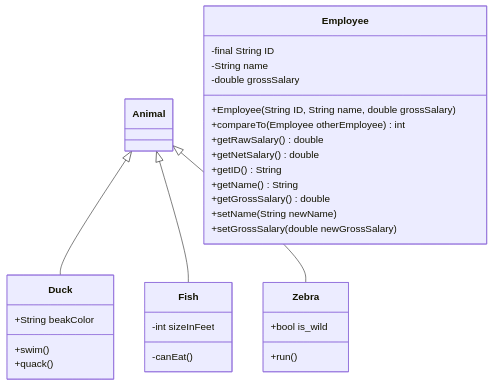
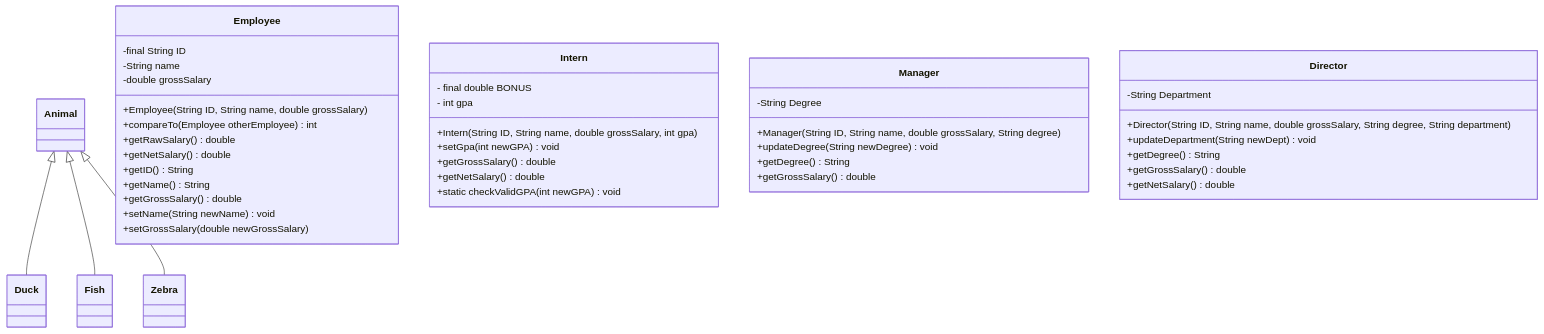
One commit to michalspano/employee-system changed the diagram in docs/ionel_class_diagrams.md. Above: the diagram before and after it, drawn with Mermaid. The commit also changed 3 other files, not shown here.

````diff
--- a/docs/ionel_class_diagrams.md
+++ b/docs/ionel_class_diagrams.md
@@ -1,36 +1,48 @@
 ``` mermaid
 classDiagram
     Animal <|-- Duck
     Animal <|-- Fish
     Animal <|-- Zebra
 
     class Employee {
         -final String ID
         -String name
         -double grossSalary
         +Employee(String ID, String name, double grossSalary)
         +compareTo(Employee otherEmployee) int
         +getRawSalary() double
         +getNetSalary() double
         +getID() String
         +getName() String
         +getGrossSalary() double
-        +setName(String newName)
+        +setName(String newName) void
         +setGrossSalary(double newGrossSalary)
-
     }
     
-    class Duck{
-        +String beakColor
-        +swim()
-        +quack()
+    class Intern{
+        - final double BONUS
+        - int gpa
+        +Intern(String ID, String name, double grossSalary, int gpa)
+        +setGpa(int newGPA) void
+        +getGrossSalary() double
+        +getNetSalary() double
+        +static checkValidGPA(int newGPA) void
     }
-    class Fish{
-        -int sizeInFeet
-        -canEat()
+
+    class Manager{
+        -String Degree
+        +Manager(String ID, String name, double grossSalary, String degree)
+        +updateDegree(String newDegree) void
+        +getDegree() String
+        +getGrossSalary() double
     }
-    class Zebra{
-        +bool is_wild
-        +run()
+
+    class Director{
+        -String Department
+        +Director(String ID, String name, double grossSalary, String degree, String department)
+        +updateDepartment(String newDept) void
+        +getDegree() String
+        +getGrossSalary() double
+        +getNetSalary() double
     }
 ```
````
